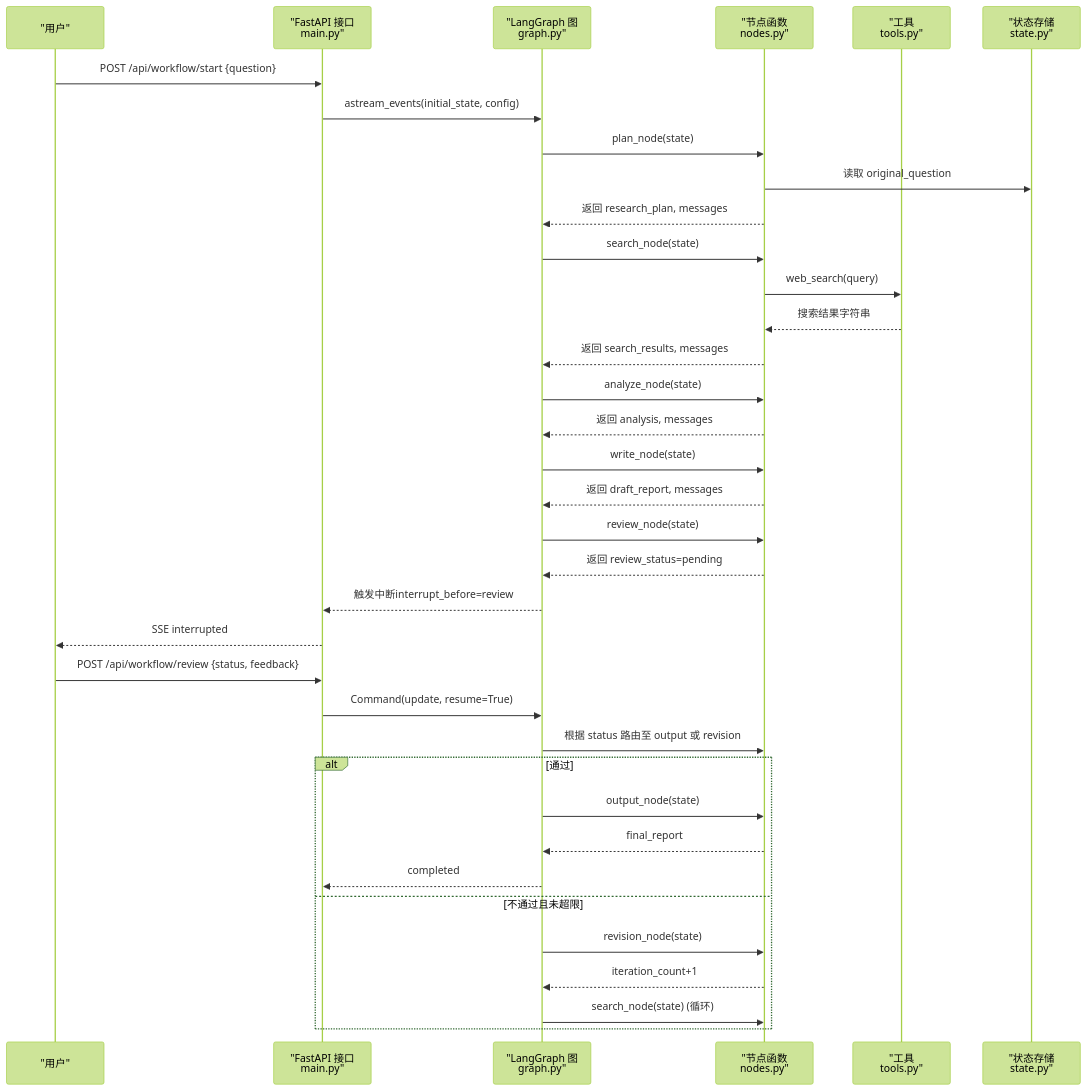
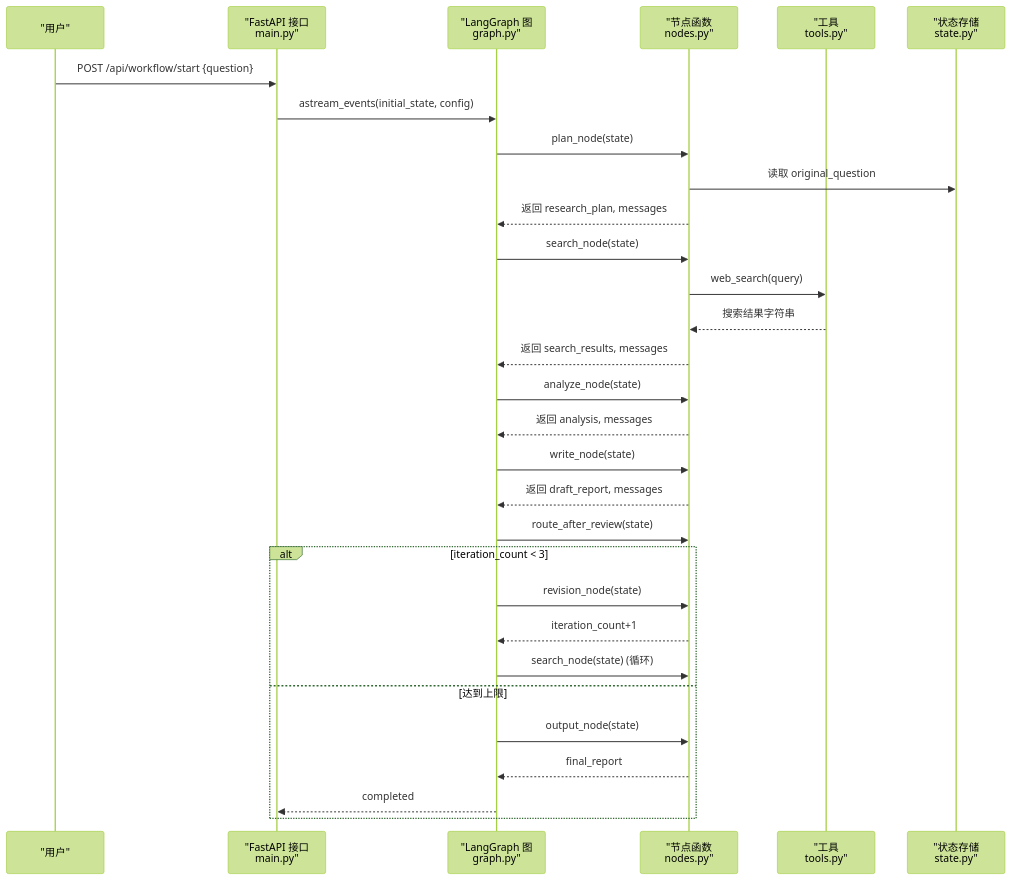
The second of 9 diagrams in .qoder/repowiki/zh/content/后端服务/工作流节点实现.md (sundew26/agent-week3), drawn with Mermaid (forest theme) before and after one commit. The commit also changed other lines of this file and 42 other files, not shown here.

````diff
--- a/.qoder/repowiki/zh/content/后端服务/工作流节点实现.md
+++ b/.qoder/repowiki/zh/content/后端服务/工作流节点实现.md
@@ -83,38 +90,32 @@
 ```mermaid
 sequenceDiagram
 participant U as "用户"
 participant API as "FastAPI 接口<br/>main.py"
 participant G as "LangGraph 图<br/>graph.py"
 participant N as "节点函数<br/>nodes.py"
 participant T as "工具<br/>tools.py"
 participant S as "状态存储<br/>state.py"
 U->>API : POST /api/workflow/start {question}
 API->>G : astream_events(initial_state, config)
 G->>N : plan_node(state)
 N->>S : 读取 original_question
 N-->>G : 返回 research_plan, messages
 G->>N : search_node(state)
 N->>T : web_search(query)
 T-->>N : 搜索结果字符串
 N-->>G : 返回 search_results, messages
 G->>N : analyze_node(state)
 N-->>G : 返回 analysis, messages
 G->>N : write_node(state)
 N-->>G : 返回 draft_report, messages
-G->>N : review_node(state)
-N-->>G : 返回 review_status=pending
-G-->>API : 触发中断interrupt_before=review
-API-->>U : SSE interrupted
-U->>API : POST /api/workflow/review {status, feedback}
-API->>G : Command(update, resume=True)
-G->>N : 根据 status 路由至 output 或 revision
-alt 通过
+G->>N : route_after_review(state)
+alt iteration_count < 3
+G->>N : revision_node(state)
+N-->>G : iteration_count+1
+G->>N : search_node(state) (循环)
+else 达到上限
 G->>N : output_node(state)
 N-->>G : final_report
 G-->>API : completed
-else 不通过且未超限
-G->>N : revision_node(state)
-N-->>G : iteration_count+1
-G->>N : search_node(state) (循环)
 end
 ```
````
